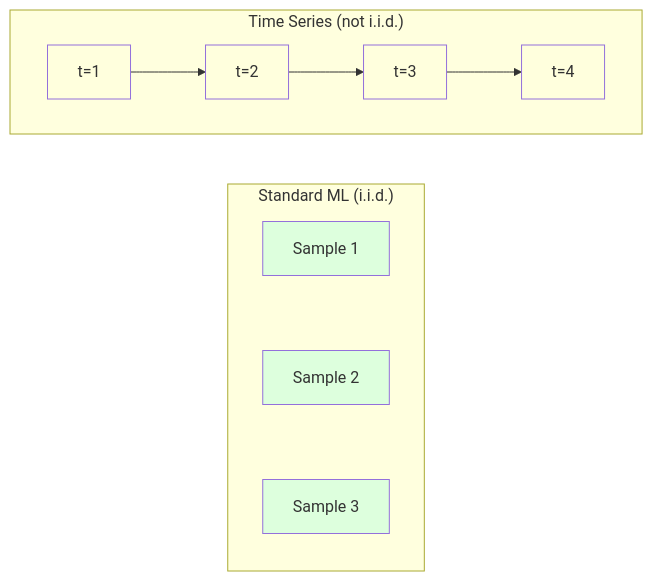
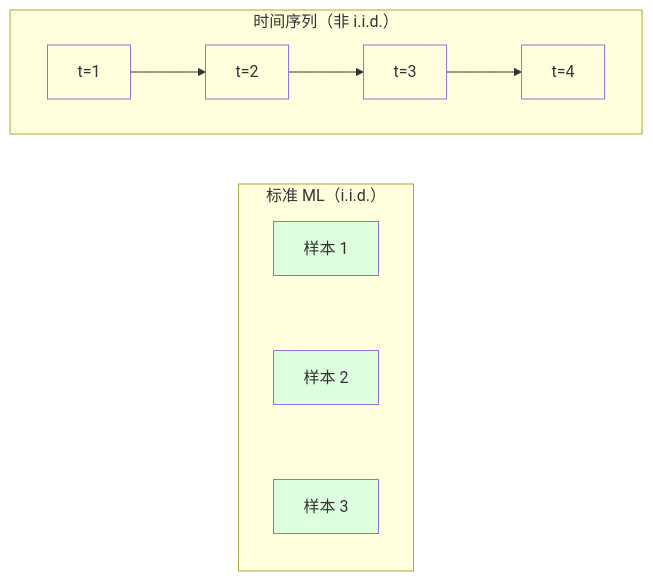
The first of 3 diagrams in phases/02-ml-fundamentals/15-time-series/docs/zh.md (JerryC8080/ai-engineering-from-scratch-zh), drawn with Mermaid before and after one commit. The commit also changed other lines of this file and 156 other files, not shown here.

First line of the commit message:
i18n(zh): translate mermaid diagram labels in 157 lesson zh.md

````diff
--- a/phases/02-ml-fundamentals/15-time-series/docs/zh.md
+++ b/phases/02-ml-fundamentals/15-time-series/docs/zh.md
@@ -42,22 +42,22 @@
 ```mermaid
 flowchart LR
-    subgraph IID["Standard ML (i.i.d.)"]
+    subgraph IID["标准 ML（i.i.d.）"]
         direction TB
-        S1[Sample 1] ~~~ S2[Sample 2]
-        S2 ~~~ S3[Sample 3]
+        S1[样本 1] ~~~ S2[样本 2]
+        S2 ~~~ S3[样本 3]
     end
-    subgraph TS["Time Series (not i.i.d.)"]
+    subgraph TS["时间序列（非 i.i.d.）"]
         direction LR
         T1[t=1] --> T2[t=2]
         T2 --> T3[t=3]
         T3 --> T4[t=4]
     end
 
     style S1 fill:#dfd
     style S2 fill:#dfd
     style S3 fill:#dfd
     style T1 fill:#ffd
     style T2 fill:#ffd
     style T3 fill:#ffd
     style T4 fill:#ffd
 ```
````
